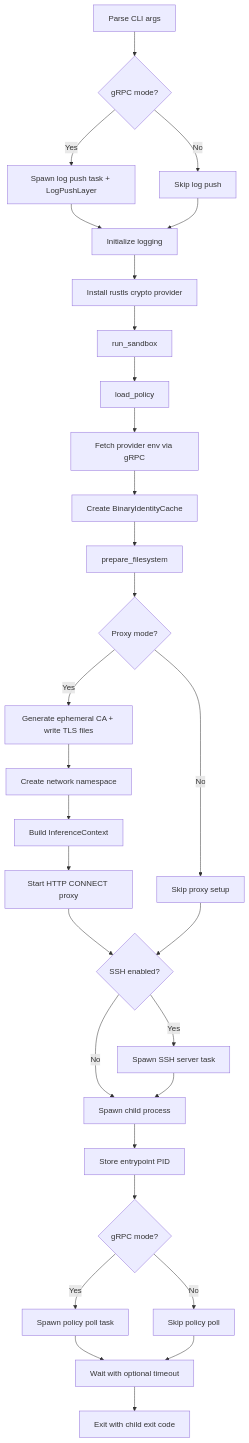
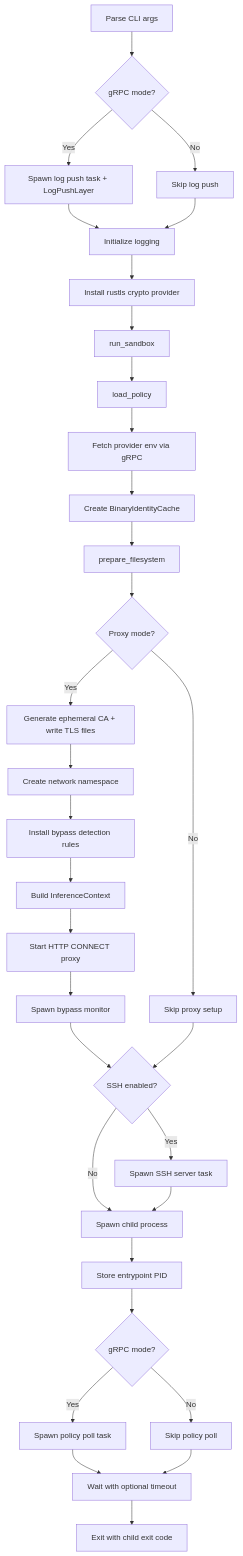
The first of 10 diagrams in architecture/sandbox.md (NVIDIA/OpenShell), drawn with Mermaid before and after one commit. The commit also changed other lines of this file and 6 other files, not shown here.

````diff
--- a/architecture/sandbox.md
+++ b/architecture/sandbox.md
@@ -42,32 +43,34 @@
 ```mermaid
 flowchart TD
     A[Parse CLI args] --> B0{gRPC mode?}
     B0 -- Yes --> B1[Spawn log push task + LogPushLayer]
     B0 -- No --> B2[Skip log push]
     B1 --> B[Initialize logging with push layer]
     B2 --> B[Initialize logging]
     B --> C[Install rustls crypto provider]
     C --> D[run_sandbox]
     D --> E[load_policy]
     E --> F[Fetch provider env via gRPC]
     F --> G[Create BinaryIdentityCache]
     G --> H[prepare_filesystem]
     H --> I{Proxy mode?}
     I -- Yes --> J[Generate ephemeral CA + write TLS files]
     J --> K[Create network namespace]
-    K --> K2[Build InferenceContext]
+    K --> K1[Install bypass detection rules]
+    K1 --> K2[Build InferenceContext]
     K2 --> L[Start HTTP CONNECT proxy]
     I -- No --> M[Skip proxy setup]
-    L --> N{SSH enabled?}
+    L --> L2[Spawn bypass monitor]
+    L2 --> N{SSH enabled?}
     M --> N
     N -- Yes --> O[Spawn SSH server task]
     N -- No --> P[Spawn child process]
     O --> P
     P --> Q[Store entrypoint PID]
     Q --> R{gRPC mode?}
     R -- Yes --> T[Spawn policy poll task]
     R -- No --> U[Skip policy poll]
     T --> V[Wait with optional timeout]
     U --> V
     V --> S[Exit with child exit code]
 ```
````
